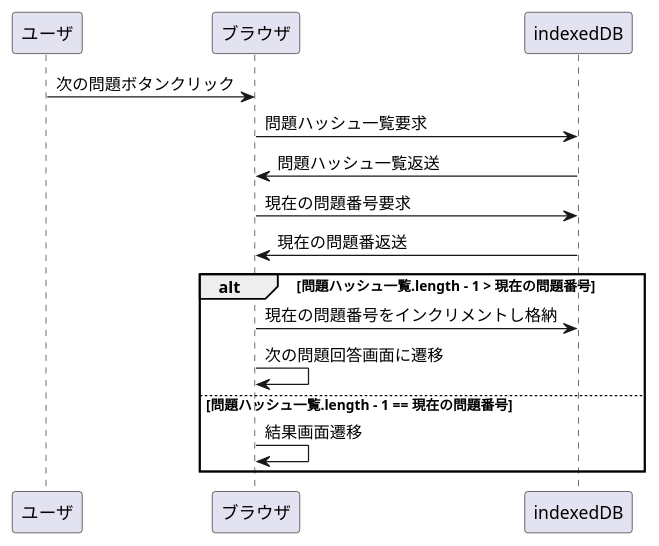
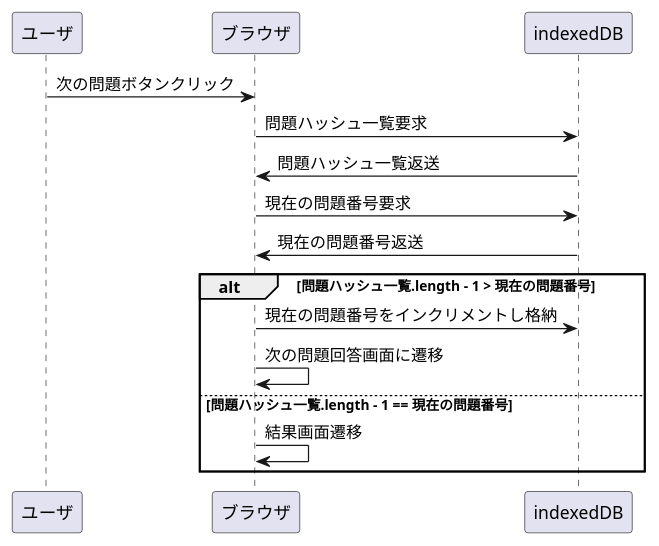
One commit to SeiyaIwabuchi/independent_learning_system changed the diagram in design_documents/シーケンス図/答え合わせ画面→(回答画面,結果画面).md. Above: the diagram before and after it, drawn with PlantUML. The commit also changed 6 other files, not shown here.

````diff
--- a/design_documents/シーケンス図/答え合わせ画面→(回答画面,結果画面).md
+++ b/design_documents/シーケンス図/答え合わせ画面→(回答画面,結果画面).md
@@ -1,15 +1,15 @@
 ``` plantuml
 @startuml
 ユーザ -> ブラウザ : 次の問題ボタンクリック
 ブラウザ -> indexedDB : 問題ハッシュ一覧要求
 indexedDB -> ブラウザ : 問題ハッシュ一覧返送
 ブラウザ -> indexedDB : 現在の問題番号要求
-indexedDB -> ブラウザ : 現在の問題番返送
+indexedDB -> ブラウザ : 現在の問題番号返送
 alt 問題ハッシュ一覧.length - 1 > 現在の問題番号
     ブラウザ -> indexedDB : 現在の問題番号をインクリメントし格納
     ブラウザ -> ブラウザ : 次の問題回答画面に遷移
 else 問題ハッシュ一覧.length - 1 == 現在の問題番号
     ブラウザ -> ブラウザ : 結果画面遷移
 end
 @enduml
 ```
````
